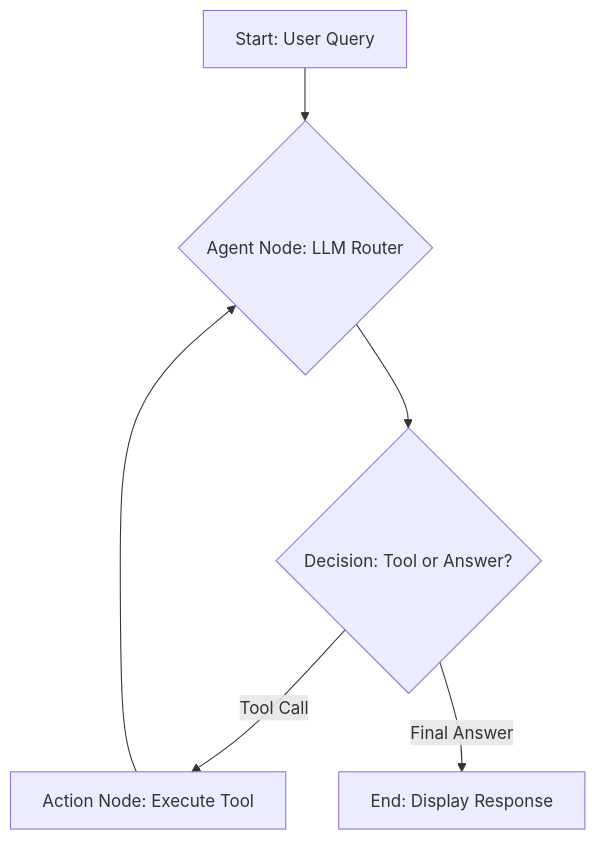
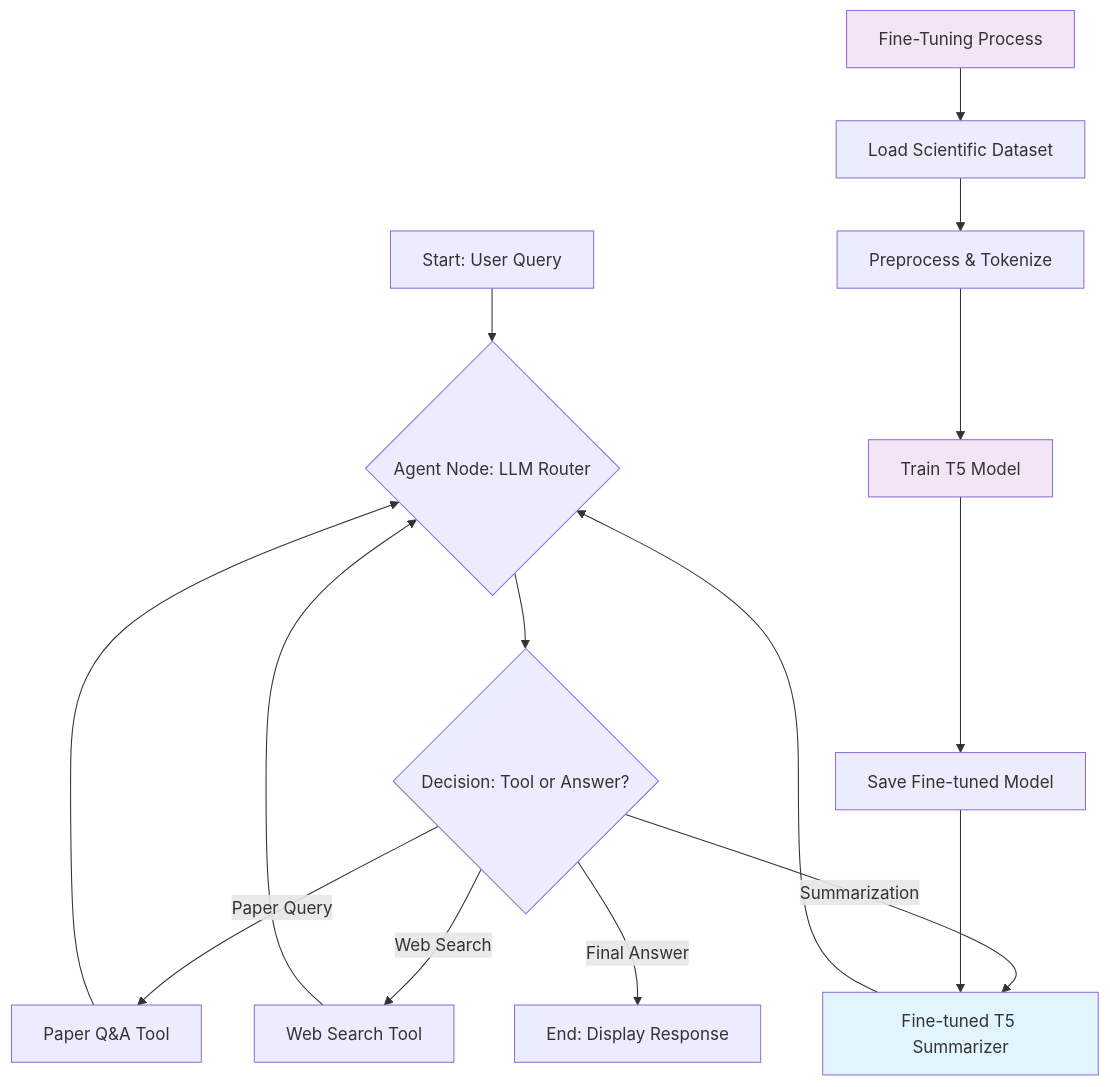
Before and after one commit to ParaDhim/my-research-agent: the diagram in README.md, drawn with Mermaid. The commit also changed other lines of this file, not shown here.

````diff
--- a/README.md
+++ b/README.md
@@ -43,8 +30,22 @@
 ```mermaid
 graph TD
-    A[Start: User Query] --> B{Agent Node: LLM Router};
-    B --> C{Decision: Tool or Answer?};
-    C -- Tool Call --> D[Action Node: Execute Tool];
-    D --> B;
-    C -- Final Answer --> E[End: Display Response];
+    A[Start: User Query] --> B{Agent Node: LLM Router}
+    B --> C{Decision: Tool or Answer?}
+    C -- Paper Query --> D[Paper Q&A Tool]
+    C -- Web Search --> E[Web Search Tool]
+    C -- Summarization --> F[Fine-tuned T5 Summarizer]
+    C -- Final Answer --> G[End: Display Response]
+    D --> B
+    E --> B
+    F --> B
+    
+    H[Fine-Tuning Process] --> I[Load Scientific Dataset]
+    I --> J[Preprocess & Tokenize]
+    J --> K[Train T5 Model]
+    K --> L[Save Fine-tuned Model]
+    L --> F
+    
+    style F fill:#e1f5fe
+    style H fill:#f3e5f5
+    style K fill:#f3e5f5
 ```
````
